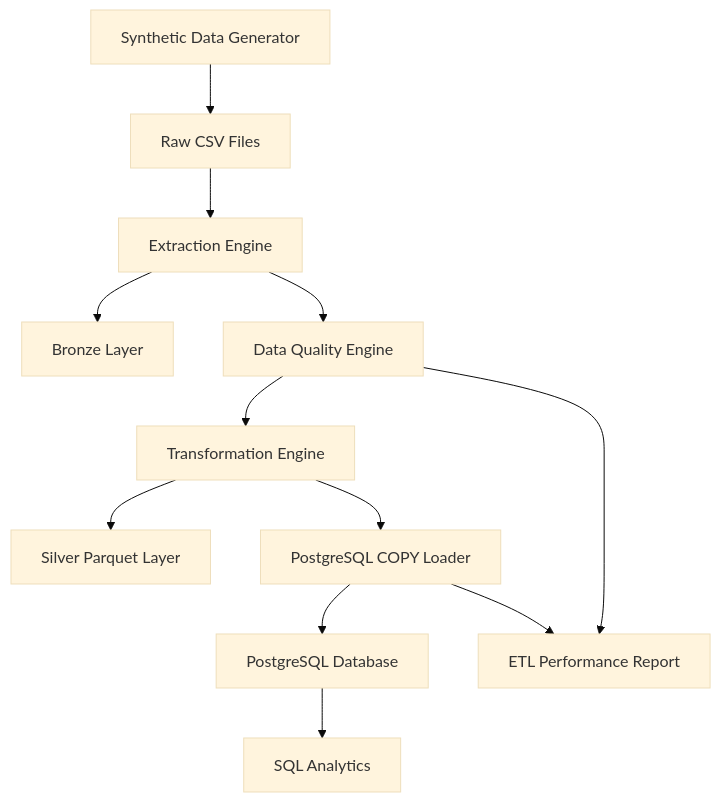
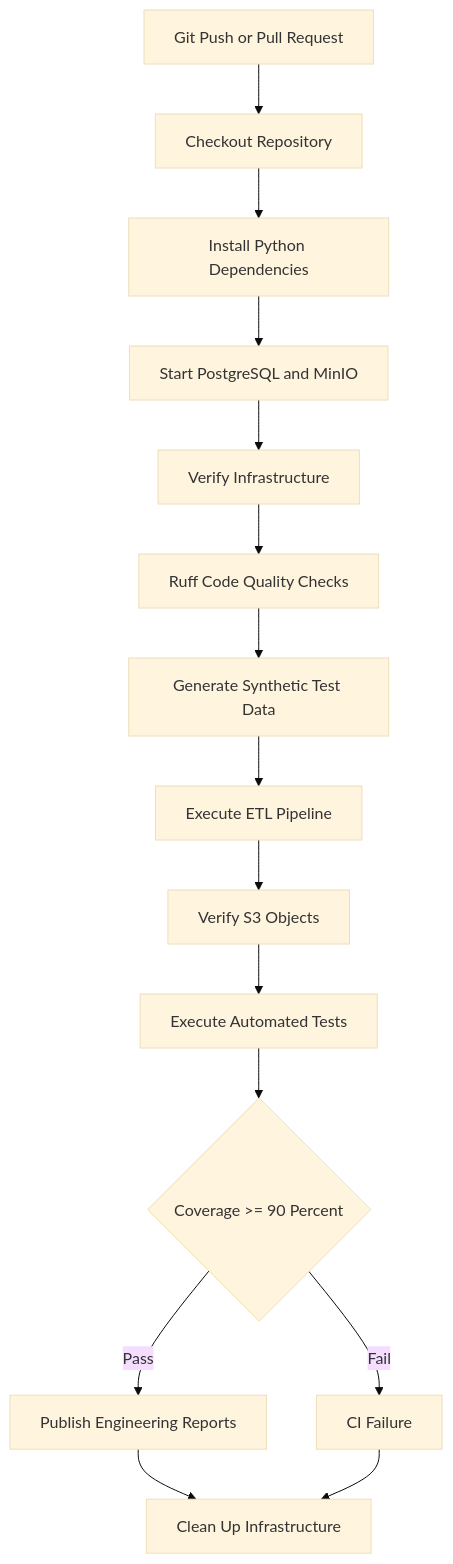
Before and after one commit to Anuj05Chandrol/dataflow-nexus: the fourth of 4 diagrams in README.md, drawn with Mermaid (base theme). The commit also changed other lines of this file, not shown here.

````diff
--- a/README.md
+++ b/README.md
@@ -34,14 +485,17 @@
 ```mermaid
 flowchart TD
-    A[Synthetic Data Generator] --> B[Raw CSV Files]
-    B --> C[Extraction Engine]
-    C --> D[Bronze Layer]
-    C --> E[Data Quality Engine]
-    E --> F[Transformation Engine]
-    F --> G[Silver Parquet Layer]
-    F --> H[PostgreSQL COPY Loader]
-    H --> I[PostgreSQL Database]
-    I --> J[SQL Analytics]
-    E --> K[ETL Performance Report]
-    H --> K
+    A[Git Push or Pull Request] --> B[Checkout Repository]
+    B --> C[Install Python Dependencies]
+    C --> D[Start PostgreSQL and MinIO]
+    D --> E[Verify Infrastructure]
+    E --> F[Ruff Code Quality Checks]
+    F --> G[Generate Synthetic Test Data]
+    G --> H[Execute ETL Pipeline]
+    H --> I[Verify S3 Objects]
+    I --> J[Execute Automated Tests]
+    J --> K{Coverage >= 90 Percent}
+    K -->|Pass| L[Publish Engineering Reports]
+    K -->|Fail| M[CI Failure]
+    L --> N[Clean Up Infrastructure]
+    M --> N
 ```
````
